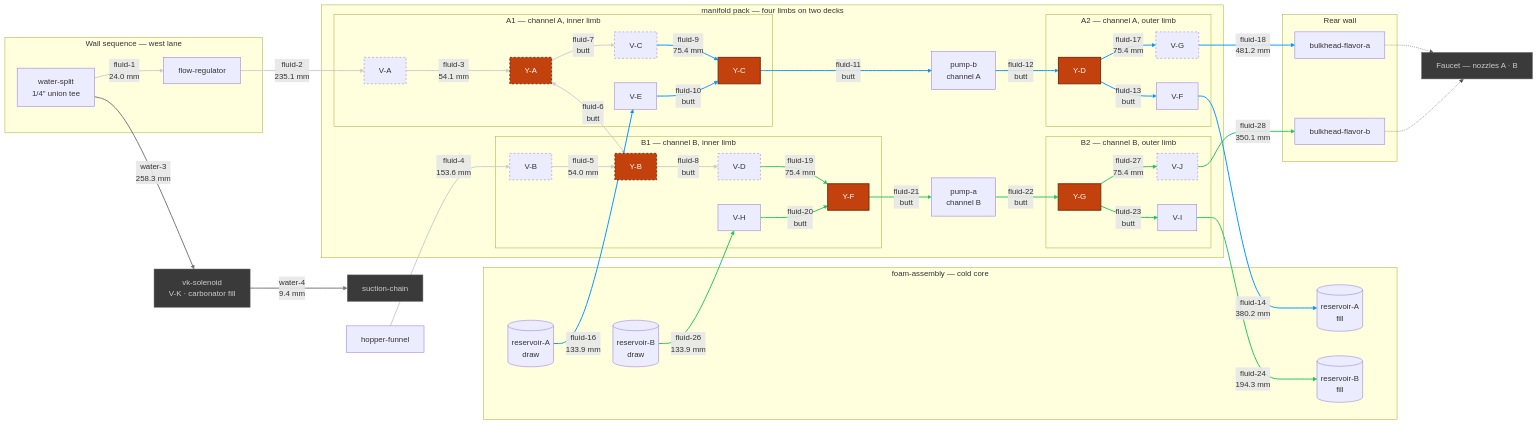
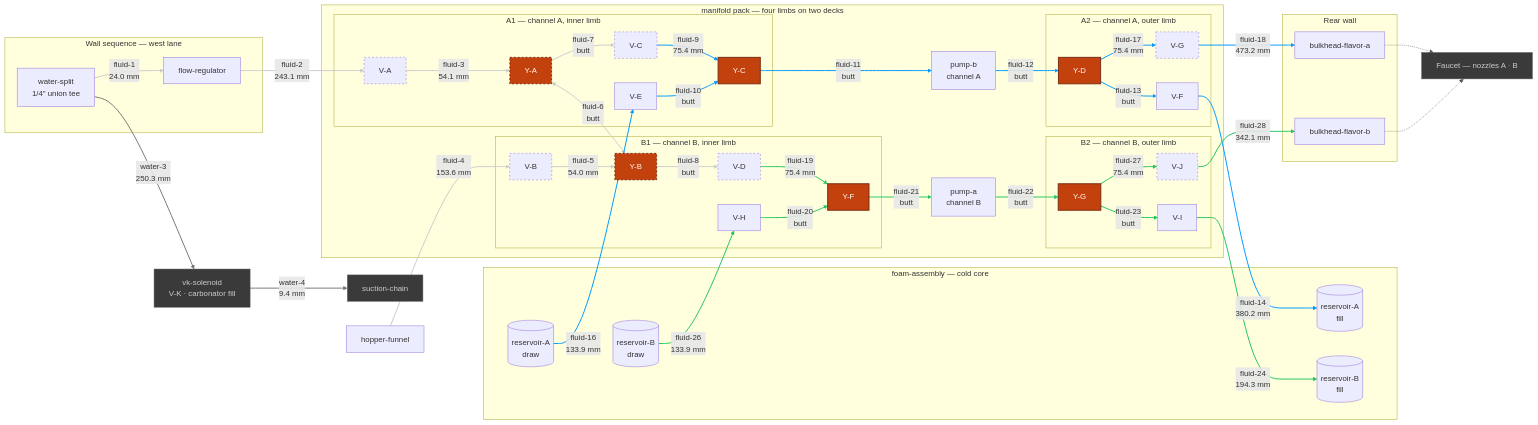
The diagram in hardware/topology/fluid-topology-manifold.mmd (derekbreden/homesodamachine), drawn with Mermaid before and after one commit. The commit also changed 138 other files, not shown here.

```diff
--- a/hardware/topology/fluid-topology-manifold.mmd
+++ b/hardware/topology/fluid-topology-manifold.mmd
@@ -14,8 +14,8 @@
   %% [26](SEGMENT_COUNT) flavor segments. [11](BUTT_COUNT) are collet butted to collet and carry
   %% no tube at all; [9](DRAWN_COUNT) are swept runs between placed bodies; the rest are the
   %% hinge's four hairpins and the source pair's two quarter-and-step turns. What is cut comes to
-  %% [2496.0 mm](FLUID_TOTAL) of 1/4" LLDPE over [44](FLUID_BENDS) corners, and the longest is
-  %% [fluid-18](LONGEST_ID) at [481.2 mm](LONGEST_LEN). [0](OPEN_COUNT) are mouths with nothing
+  %% [2488.0 mm](FLUID_TOTAL) of 1/4" LLDPE over [44](FLUID_BENDS) corners, and the longest is
+  %% [fluid-18](LONGEST_ID) at [473.2 mm](LONGEST_LEN). [0](OPEN_COUNT) are mouths with nothing
   %% on the far end of them: EVERY FLAVOR SEGMENT IN THIS CHART IS MADE. The hopper's gravity
   %% drain is drawn like the rest — the funnel is seated in the box rather than placed in the
   %% pack, so `fluid-4` is authored after the box exists, off the same frames.
@@ -115,7 +115,7 @@
   %% V-B come off the folded deck's plane on a quarter turn of R14, then step 28 mm further along
   %% the run and 14 mm across it, toward the cold core's crown.
   Split -->|"fluid-1<br/>24.0 mm"| FlowReg
-  FlowReg -->|"fluid-2<br/>235.1 mm"| VA
+  FlowReg -->|"fluid-2<br/>243.1 mm"| VA
   VA -->|"fluid-3<br/>54.1 mm"| YA
   Hopper -->|"fluid-4<br/>153.6 mm"| VB
   VB -->|"fluid-5<br/>54.0 mm"| YB
@@ -138,7 +138,7 @@
   VF -->|"fluid-14<br/>380.2 mm"| ResAFill
   ResA -->|"fluid-16<br/>133.9 mm"| VE
   YD -->|"fluid-17<br/>75.4 mm"| VG
-  VG -->|"fluid-18<br/>481.2 mm"| BhA
+  VG -->|"fluid-18<br/>473.2 mm"| BhA
 
   %% =========================
   %% Channel B — fluid-19 … fluid-28
@@ -154,7 +154,7 @@
   VI -->|"fluid-24<br/>194.3 mm"| ResBFill
   ResB -->|"fluid-26<br/>133.9 mm"| VH
   YG -->|"fluid-27<br/>75.4 mm"| VJ
-  VJ -->|"fluid-28<br/>350.1 mm"| BhB
+  VJ -->|"fluid-28<br/>342.1 mm"| BhB
 
   %% =========================
   %% V-K's own two runs — the carbonator circuit, through this bay
@@ -162,7 +162,7 @@
   %% V-K gates the carbonator fill off the same split fluid-1 leaves. It stands on the cold core's
   %% crown, east of the SeaFlo, and water-3 is the one run in the assembly that crosses the whole
   %% machine — the split is in the west lane, V-K is on the east, and its inlet faces forward.
-  Split -->|"water-3<br/>258.3 mm"| VK
+  Split -->|"water-3<br/>250.3 mm"| VK
   VK -->|"water-4<br/>9.4 mm"| SuctChain
 
   %% =========================
```
